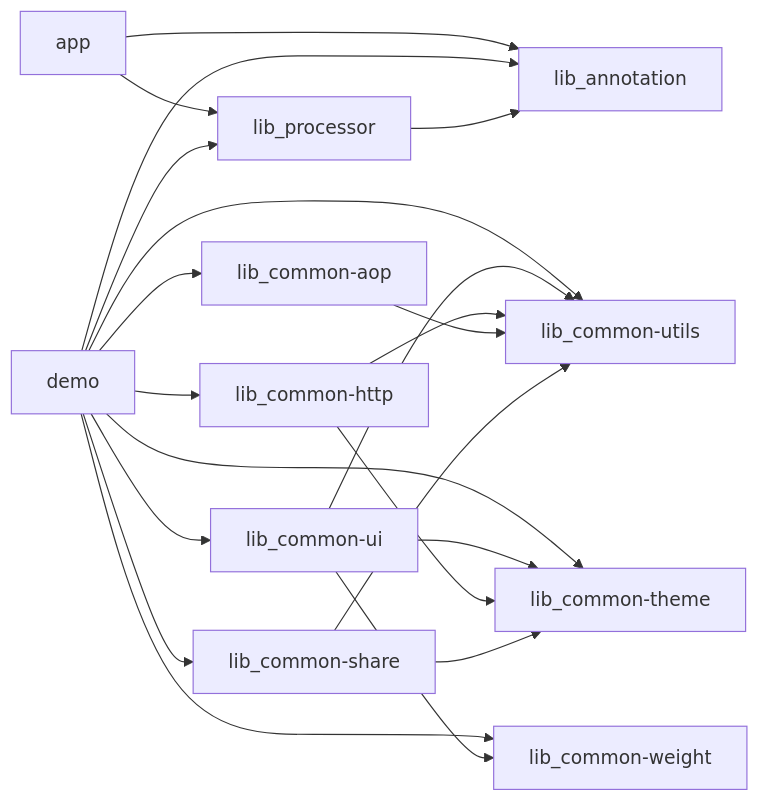
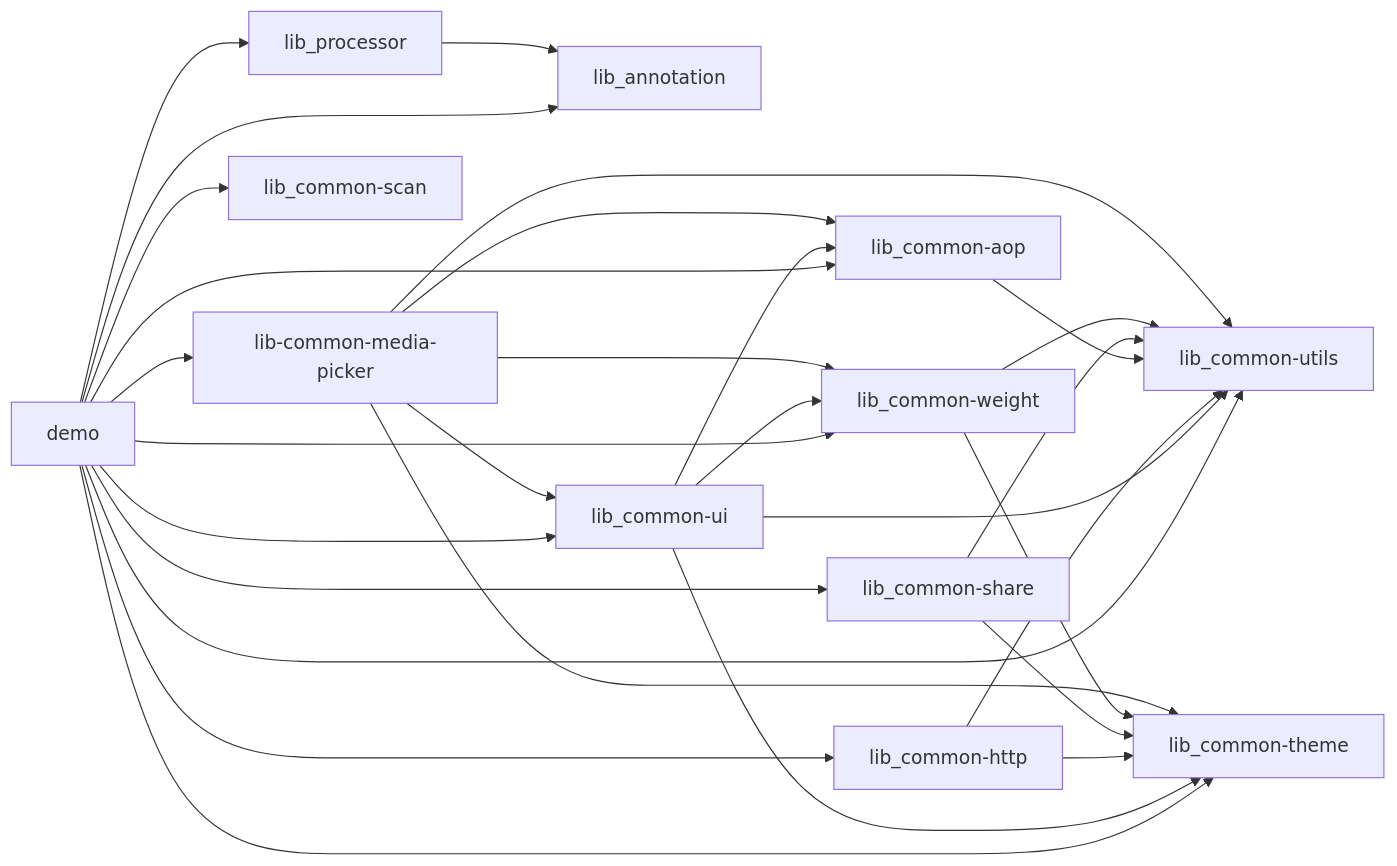
Before and after one commit to QingDian-Fan/AndroidProject: the diagram in README.md, drawn with Mermaid. The commit also changed other lines of this file, not shown here.

````diff
--- a/README.md
+++ b/README.md
@@ -53,23 +55,31 @@
 ```mermaid
 flowchart LR
-    app["app"] --> annotation["lib_annotation"]
-    app --> processor["lib_processor"]
-    demo["demo"] --> annotation
-    demo --> processor
+    demo["demo"] --> annotation["lib_annotation"]
+    demo --> processor["lib_processor"]
     demo --> ui["lib_common-ui"]
     demo --> http["lib_common-http"]
     demo --> utils["lib_common-utils"]
     demo --> theme["lib_common-theme"]
     demo --> weight["lib_common-weight"]
     demo --> aop["lib_common-aop"]
     demo --> share["lib_common-share"]
+    demo --> mediaPicker["lib-common-media-picker"]
+    demo --> scan["lib_common-scan"]
     ui --> utils
     ui --> theme
     ui --> weight
+    ui --> aop
     http --> utils
     http --> theme
     aop --> utils
     share --> utils
     share --> theme
+    weight --> utils
+    weight --> theme
+    mediaPicker --> ui
+    mediaPicker --> utils
+    mediaPicker --> theme
+    mediaPicker --> weight
+    mediaPicker --> aop
     processor --> annotation
 ```
````
